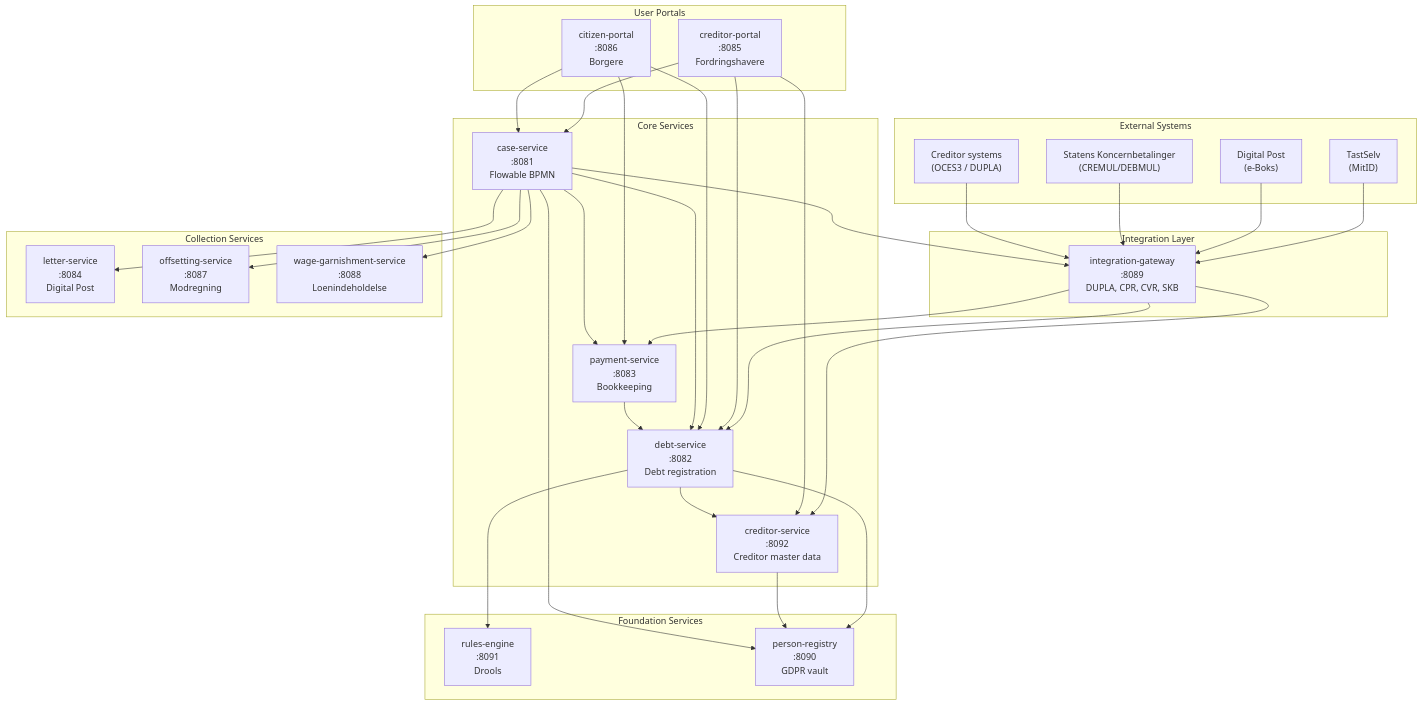
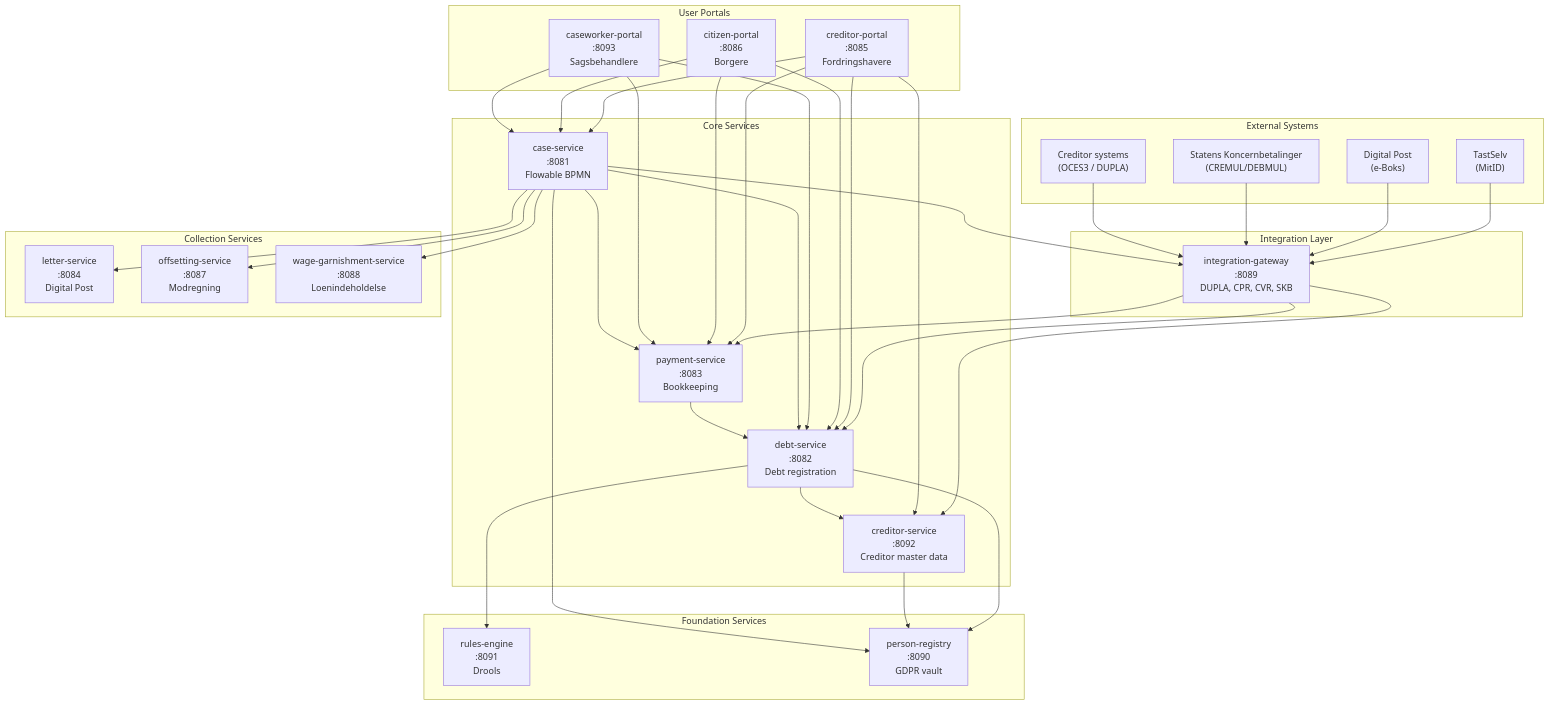
Before and after one commit to mfhens/opendebt: the first of 7 diagrams in docs/architecture-overview.md, drawn with Mermaid. The commit also changed other lines of this file and 59 other files, not shown here.

First line of the commit message:
feat(timeline): implement petition 050 unified case timeline

````diff
--- a/docs/architecture-overview.md
+++ b/docs/architecture-overview.md
@@ -7,66 +7,71 @@
 ```mermaid
 graph TB
     subgraph External["External Systems"]
         TastSelv["TastSelv<br/>(MitID)"]
         DigitalPost["Digital Post<br/>(e-Boks)"]
         SKB["Statens Koncernbetalinger<br/>(CREMUL/DEBMUL)"]
         ES["Creditor systems<br/>(OCES3 / DUPLA)"]
     end
 
     subgraph Gateway["Integration Layer"]
         IG["integration-gateway<br/>:8089<br/>DUPLA, CPR, CVR, SKB"]
     end
 
     subgraph Portals["User Portals"]
         CP["creditor-portal<br/>:8085<br/>Fordringshavere"]
         BP["citizen-portal<br/>:8086<br/>Borgere"]
+        CW["caseworker-portal<br/>:8093<br/>Sagsbehandlere"]
     end
 
     subgraph Core["Core Services"]
         DS["debt-service<br/>:8082<br/>Debt registration"]
         CS["case-service<br/>:8081<br/>Flowable BPMN"]
         PS["payment-service<br/>:8083<br/>Bookkeeping"]
         CRS["creditor-service<br/>:8092<br/>Creditor master data"]
     end
 
     subgraph Collection["Collection Services"]
         LS["letter-service<br/>:8084<br/>Digital Post"]
         OS["offsetting-service<br/>:8087<br/>Modregning"]
         WG["wage-garnishment-service<br/>:8088<br/>Loenindeholdelse"]
     end
 
     subgraph Foundation["Foundation Services"]
         RE["rules-engine<br/>:8091<br/>Drools"]
         PR["person-registry<br/>:8090<br/>GDPR vault"]
     end
 
     TastSelv --> IG
     DigitalPost --> IG
     SKB --> IG
     ES --> IG
 
     IG --> PS
     IG --> DS
     IG --> CRS
 
     CP --> DS
     CP --> CS
     CP --> CRS
+    CP --> PS
     BP --> DS
     BP --> CS
     BP --> PS
+    CW --> DS
+    CW --> CS
+    CW --> PS
 
     CS --> DS
     CS --> PS
     CS --> LS
     CS --> OS
     CS --> WG
     CS --> IG
 
     DS --> RE
     DS --> PR
     DS --> CRS
     CRS --> PR
     CS --> PR
     PS --> DS
 ```
````
